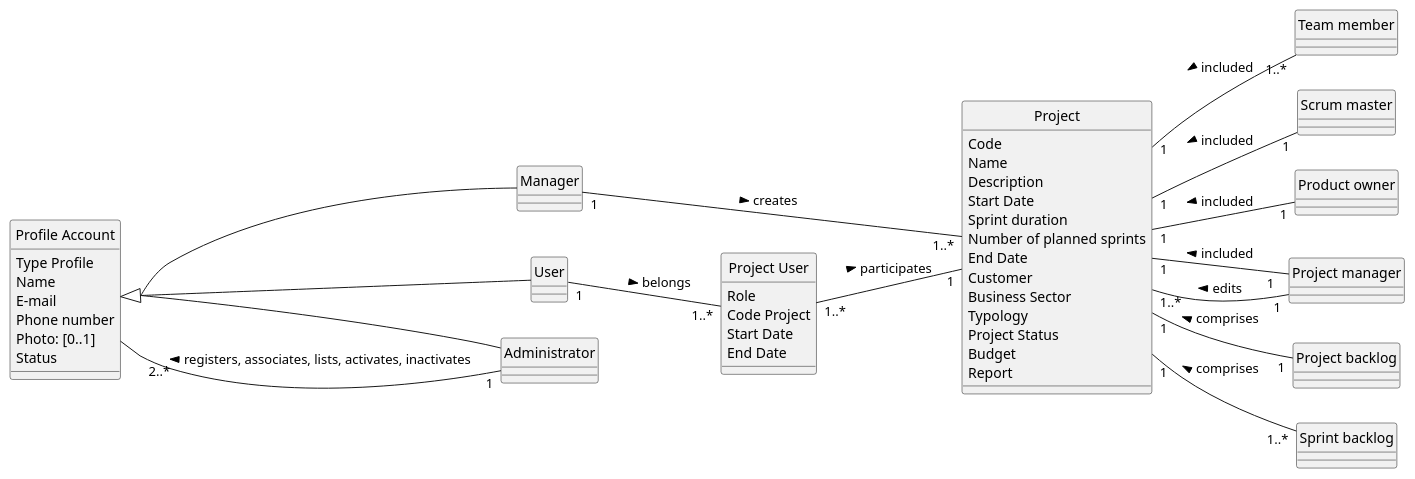
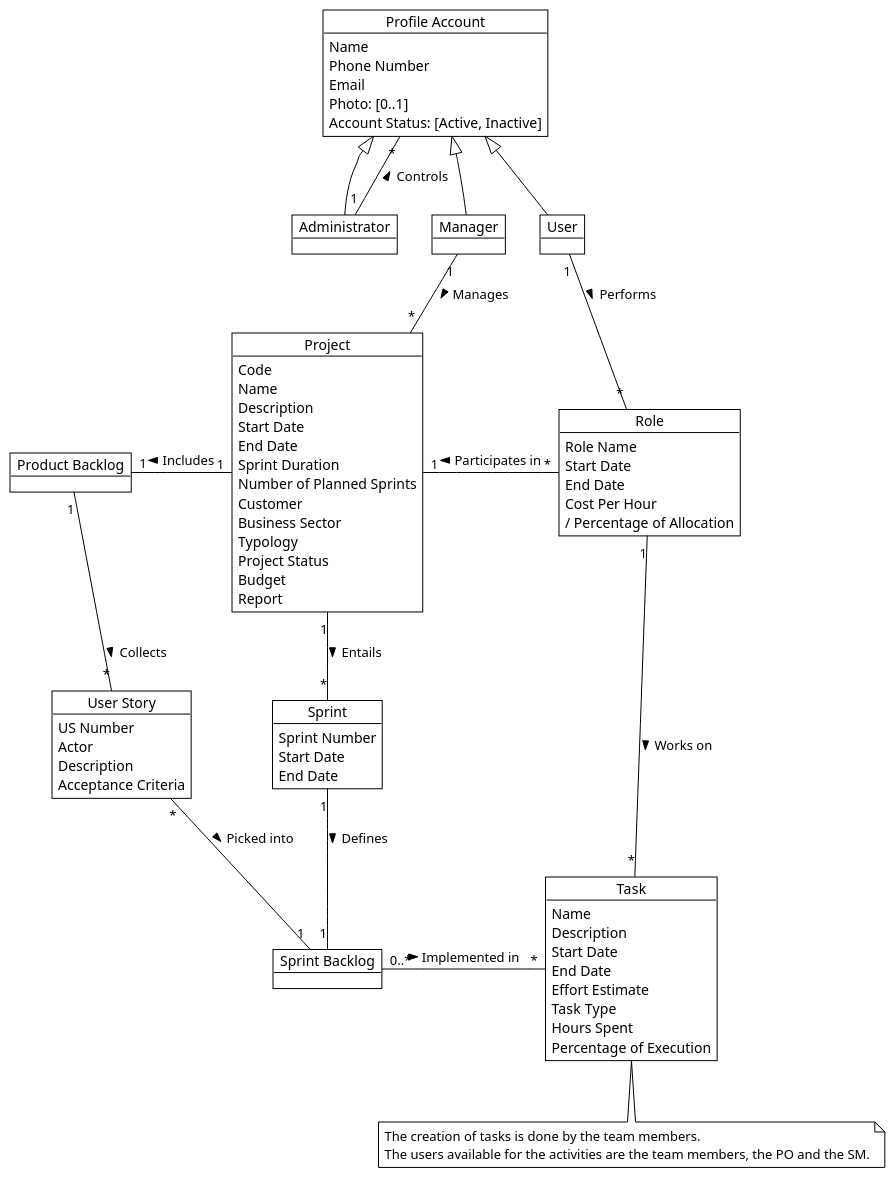
The diagram in docs/modelling_design/domain_model_diagram/domain_model_diagram.puml (ivo-menezes/project_g3), drawn with PlantUML before and after one commit.

Commit message:
Domain Model: Analysis: Reformat DM and add more entities

```diff
--- a/docs/modelling_design/domain_model_diagram/domain_model_diagram.puml
+++ b/docs/modelling_design/domain_model_diagram/domain_model_diagram.puml
@@ -1,54 +1,103 @@
 @startuml
-skinparam style strictuml
-left to right direction
-skinparam groupInheritance 3
+!theme plain
 
- class "Profile Account" as Profile {
-   Type Profile
-   Name
-   E-mail
-   Phone number
-   Photo: [0..1]
-   'the [0..1] in Photo indicates an optional value, see Craig 2004, p.121
-   Status
- }
+'--- part relevant to sprint 1
 
-  class "Project User" {
-  Role
-  Code Project
-  Start Date
-  End Date
-  }
-
- class Project{
- Code
- Name
- Description
- Start Date
- Sprint duration
- Number of planned sprints
- End Date
- Customer
- Business Sector
- Typology
- Project Status
- Budget
- Report
+Object "Profile Account" as Account {
+Name
+Phone Number
+Email
+Photo: [0..1]
+Account Status: [Active, Inactive]
 }
 
-Profile <|-- Manager
-Profile <|-- User
-Profile <|-- Administrator
+together {
+Object Administrator
+Object Manager
+Object User
+}
 
-Administrator "1" -- "2..*" Profile: registers, associates, lists, activates, inactivates >
-Manager "1"--- "1..*" Project: creates >
-User "1" -- "1..*" "Project User": belongs >
-"Project User" "1..*" -- "1" Project : participates >
-Project "1" -- "1..*" "Team member": included <
-Project "1" -- "1" "Scrum master": included <
-Project "1" -- "1" "Product owner": included <
-Project "1" -- "1  " "Project manager": included <
-Project "1" -- "1" "Project backlog": comprises <
-Project "1" -- "1..*" "Sprint backlog": comprises <
-"Project manager" "1" -- "1..*" Project: edits >
+Account <|-- Administrator
+Account <|-- Manager
+Account <|-- User
+
+
+Object Project {
+Code
+Name
+Description
+Start Date
+End Date
+Sprint Duration
+Number of Planned Sprints
+Customer
+Business Sector
+Typology
+Project Status
+Budget
+' Report could be its own conceptual class but we are not modelling with detail yet
+Report
+}
+
+' following the Association Class Role pattern (Fig.11) from "Modeling Roles"
+' Role attributes does not include Project Code because Larman says to avoid attributes that are like "foreign keys" (p.126)
+Object Role {
+Role Name
+Start Date
+End Date
+Cost Per Hour
+/ Percentage of Allocation
+}
+
+' here "Controls" includes "creates,lists,changes profile, activates, inactivates"
+' following Larman p.113 to be parsimonious about associations
+Administrator "1" -up- "*" Account : Controls >
+Manager "1" -down- "*" Project : Manages >
+User "1" -down- "*" Role: Performs >
+Role "*" -left- "1" Project: Participates in >
+
+
+'--- additional stuff, not much detail for sprint 1
+' put enduml tag before this comment to shorten diagram
+Object "Product Backlog" as PB
+
+Object "User Story" as US {
+US Number
+Actor
+Description
+Acceptance Criteria
+}
+
+Object Sprint {
+Sprint Number
+Start Date
+End Date
+}
+
+Object "Sprint Backlog" as SB
+
+Object Task {
+Name
+Description
+Start Date
+End Date
+Effort Estimate
+Task Type
+Hours Spent
+Percentage of Execution
+}
+
+Project "1" -down- "*" Sprint: Entails >
+Project "1" -left- "1" PB: Includes >
+PB "1" -down- "*" US: Collects >
+Sprint "1" -down- "1" SB: Defines >
+US "*" -right- "1" SB: Picked into >
+
+SB "0..*" -right- "*" Task: Implemented in >
+Role "1" -down- "*" Task: Works on >
+'note on link: The creation of tasks is done by the team members.\nThe users available for the activities are the team members, the PO and the SM.
+
+note "The creation of tasks is done by the team members.\nThe users available for the activities are the team members, the PO and the SM." as N1
+Task .down. N1
+
 @enduml
```
